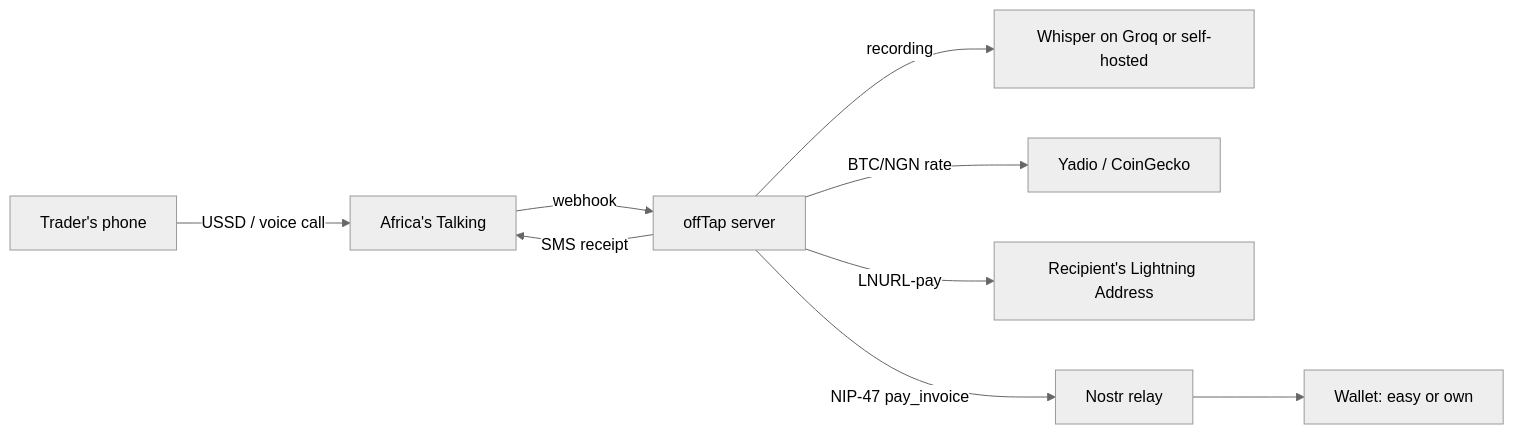
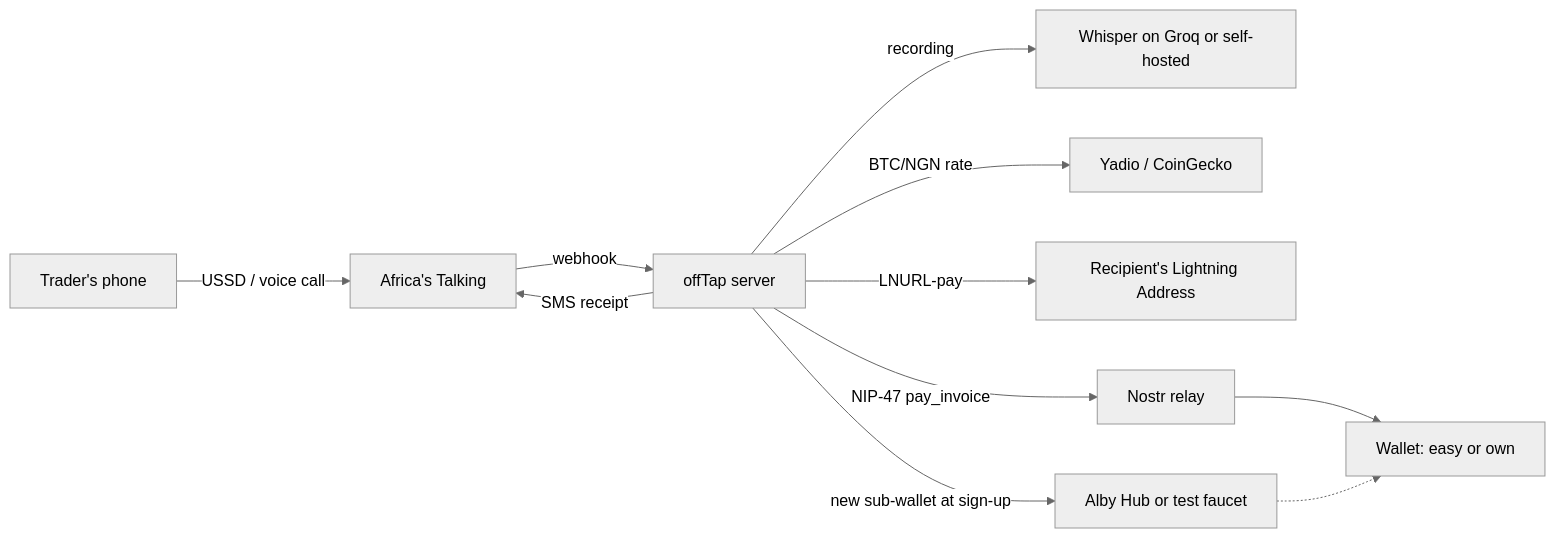
One commit to Alkamal01/offTap changed the diagram in README.md. Above: the diagram before and after it, drawn with Mermaid (neutral theme). The commit also changed other lines of this file, not shown here.

````diff
--- a/README.md
+++ b/README.md
@@ -38,11 +38,13 @@
 ```mermaid
 flowchart LR
     phone[Trader's phone] -->|USSD / voice call| at[Africa's Talking]
     at -->|webhook| api[offTap server]
     api -->|recording| stt[Whisper on Groq or self-hosted]
     api -->|BTC/NGN rate| oracle[Yadio / CoinGecko]
     api -->|LNURL-pay| recipient[Recipient's Lightning Address]
     api -->|NIP-47 pay_invoice| relay[Nostr relay]
     relay --> wallet[Wallet: easy or own]
+    api -->|new sub-wallet at sign-up| hub[Alby Hub or test faucet]
+    hub -.-> wallet
     api -->|SMS receipt| at
 ```
````
